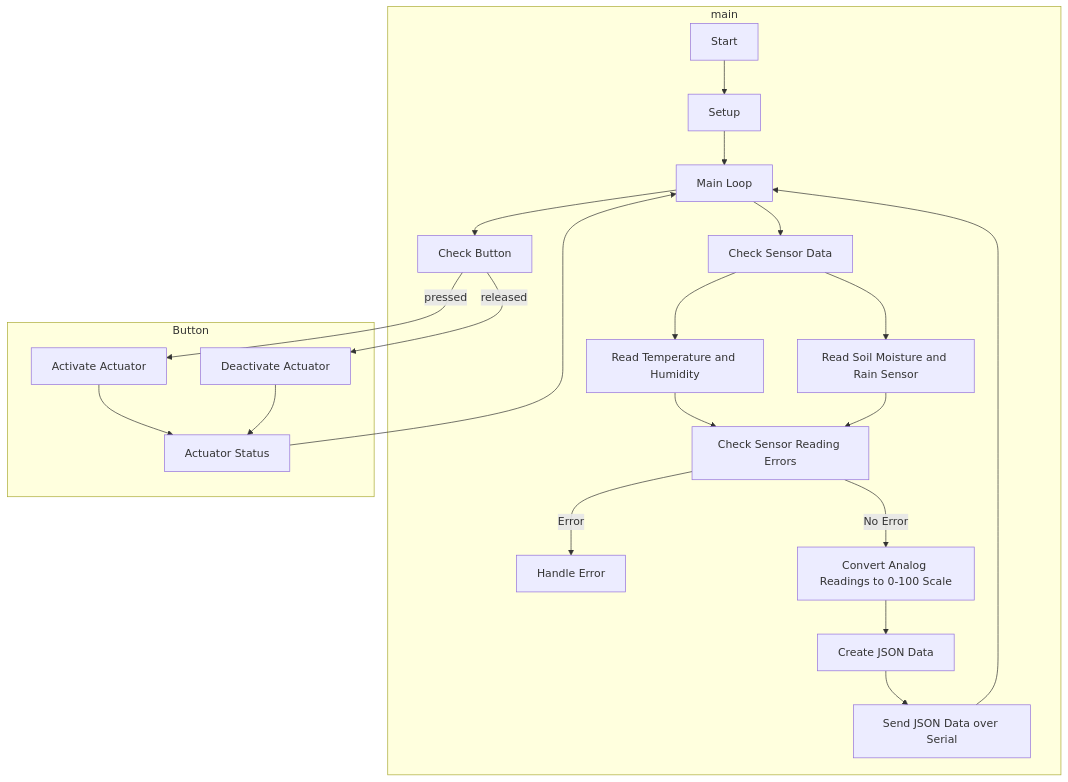
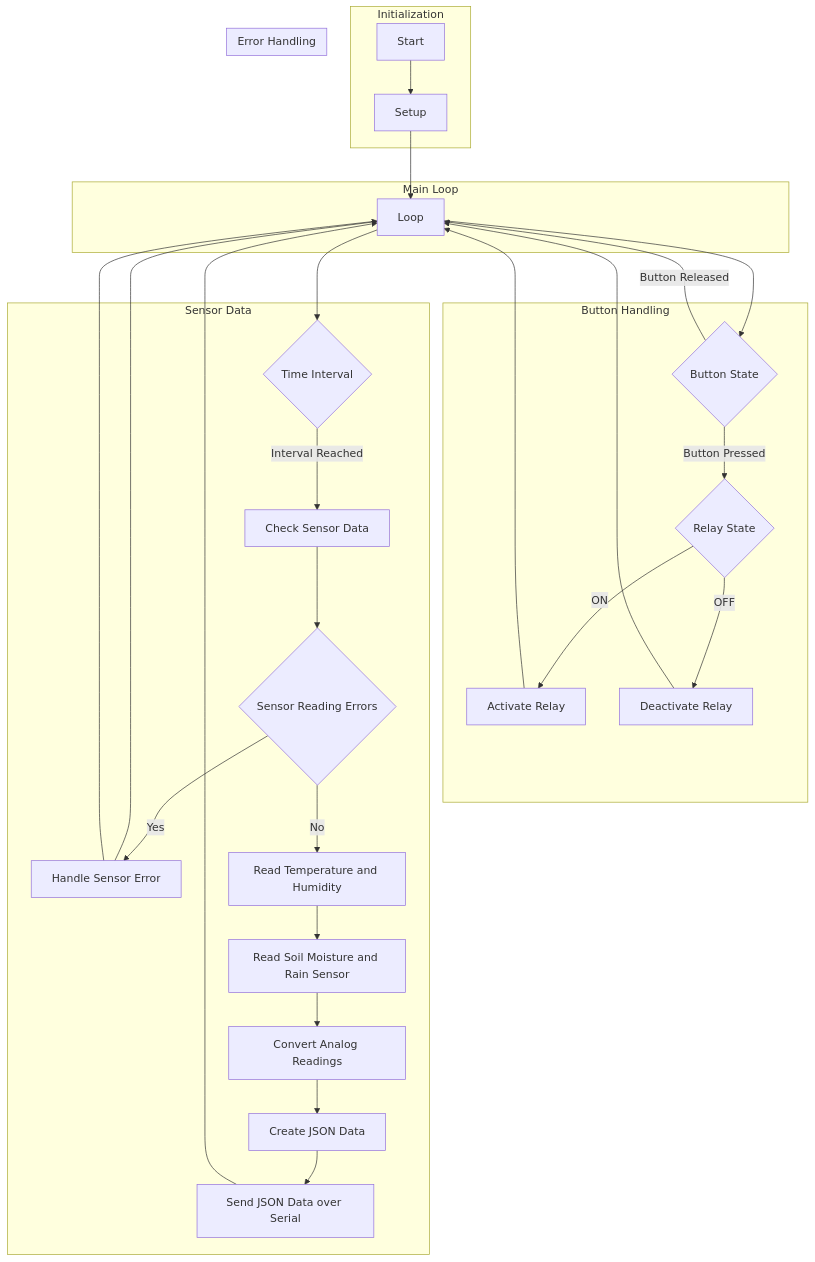
One commit to 1999AZZAR/Smart-Irrigation-System changed the diagram in code/advance/code1/readme.md. Above: the diagram before and after it, drawn with Mermaid.

````diff
--- a/code/advance/code1/readme.md
+++ b/code/advance/code1/readme.md
@@ -46,27 +46,38 @@
 ```mermaid
-graph TD
-
-subgraph main
-A[Start] --> B[Setup]
-B --> C[Main Loop]
-C --> D[Check Button]
-C --> E[Check Sensor Data]
-E --> F[Read Temperature and Humidity]
-F --> H[Check Sensor Reading Errors]
-E --> G[Read Soil Moisture and Rain Sensor]
-G --> H
-H -- Error --> I[Handle Error]
-H -- No Error --> J[Convert Analog Readings to 0-100 Scale]
-J --> K[Create JSON Data]
-K --> L[Send JSON Data over Serial]
-L --> C
-end
-
-subgraph Button
-D -- pressed --> M[Activate Actuator]
-D -- released --> N[Deactivate Actuator]
-M --> O[Actuator Status]
-N --> O
-O --> C
-end
+flowchart TD
+  subgraph Initialization
+    A[Start] --> B[Setup]
+  end
+  
+  subgraph Main Loop
+    B --> C[Loop]
+  end
+  
+  subgraph Button Handling
+    C --> D{Button State}
+    D -- Button Pressed --> E{Relay State}
+    E -- ON --> F[Activate Relay]
+    F --> C
+    E -- OFF --> G[Deactivate Relay]
+    G --> C
+    D -- Button Released --> C
+  end
+  
+  subgraph Sensor Data
+    C --> H{Time Interval}
+    H -- Interval Reached --> I[Check Sensor Data]
+    I --> J{Sensor Reading Errors}
+    J -- Yes --> K[Handle Sensor Error]
+    K --> C
+    J -- No --> L[Read Temperature and Humidity]
+    L --> M[Read Soil Moisture and Rain Sensor]
+    M --> N[Convert Analog Readings]
+    N --> O[Create JSON Data]
+    O --> P[Send JSON Data over Serial]
+    P --> C
+  end
+  
+  subgraph Error Handling
+    K --> C
+  end
 ```
````
